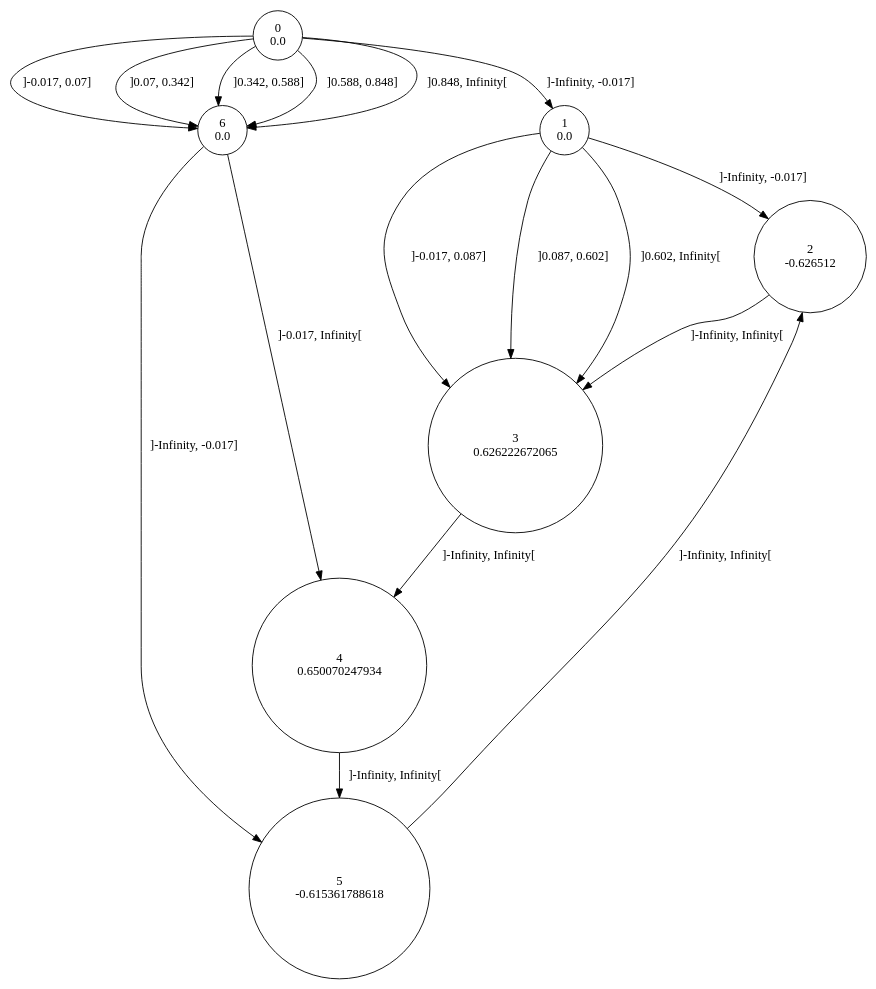
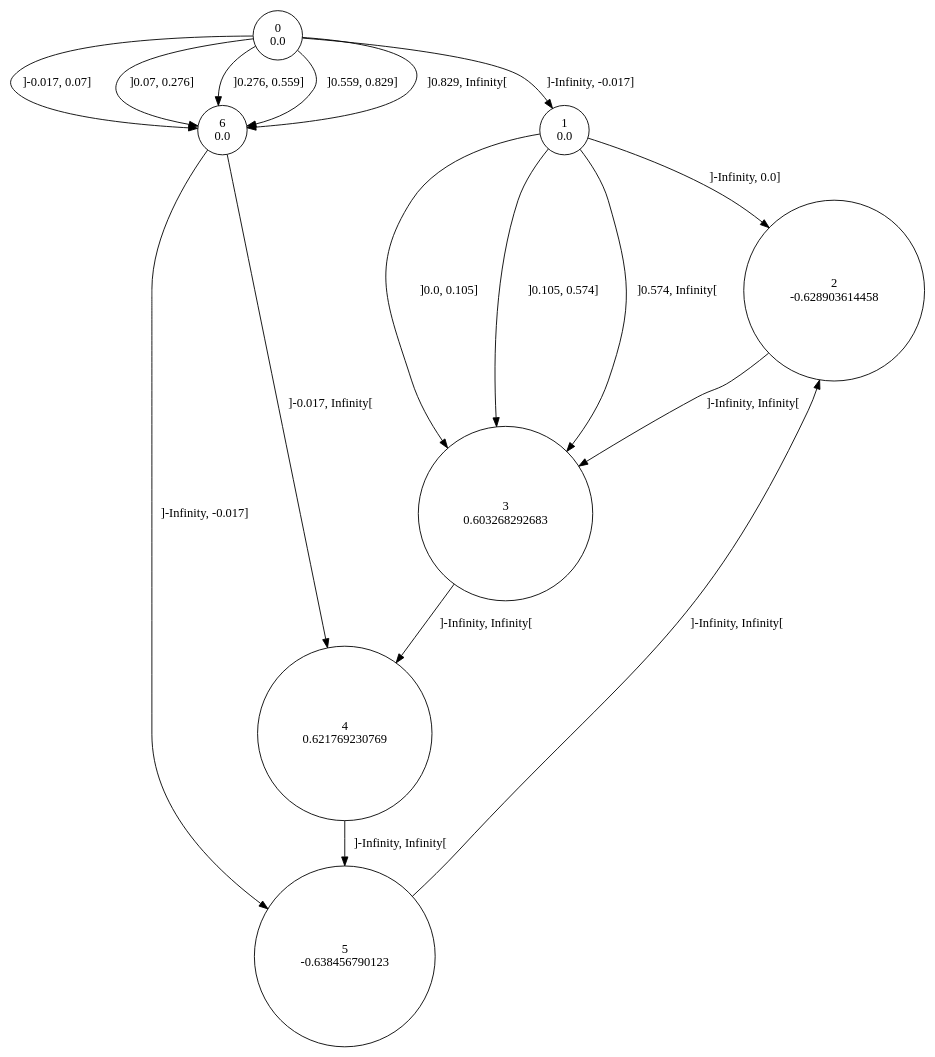
The diagram in sinus/data/8/rtitm.dot (gllpellegrino/RAI_experiments), drawn with Graphviz before and after one commit. The commit also changed 98 other files, not shown here.

```diff
--- a/sinus/data/8/rtitm.dot
+++ b/sinus/data/8/rtitm.dot
@@ -1,25 +1,25 @@
 digraph a {
 0 [shape=circle, label="0\n0.0"];
-	0->1 [ label="]-Infinity, -0.017]"];
-	0->6 [ label="]-0.017, 0.07]"];
-	0->6 [ label="]0.07, 0.342]"];
-	0->6 [ label="]0.342, 0.588]"];
-	0->6 [ label="]0.588, 0.848]"];
-	0->6 [ label="]0.848, Infinity["];
+	0 -> 1 [label="]-Infinity, -0.017]"];
+	0 -> 6 [label="]-0.017, 0.07]"];
+	0 -> 6 [label="]0.07, 0.276]"];
+	0 -> 6 [label="]0.276, 0.559]"];
+	0 -> 6 [label="]0.559, 0.829]"];
+	0 -> 6 [label="]0.829, Infinity["];
 1 [shape=circle, label="1\n0.0"];
-	1->2 [ label="]-Infinity, -0.017]"];
-	1->3 [ label="]-0.017, 0.087]"];
-	1->3 [ label="]0.087, 0.602]"];
-	1->3 [ label="]0.602, Infinity["];
-2 [shape=circle, label="2\n-0.626512"];
-	2->3 [ label="]-Infinity, Infinity["];
-3 [shape=circle, label="3\n0.626222672065"];
-	3->4 [ label="]-Infinity, Infinity["];
-4 [shape=circle, label="4\n0.650070247934"];
-	4->5 [ label="]-Infinity, Infinity["];
-5 [shape=circle, label="5\n-0.615361788618"];
-	5->2 [ label="]-Infinity, Infinity["];
+	1 -> 2 [label="]-Infinity, 0.0]"];
+	1 -> 3 [label="]0.0, 0.105]"];
+	1 -> 3 [label="]0.105, 0.574]"];
+	1 -> 3 [label="]0.574, Infinity["];
+2 [shape=circle, label="2\n-0.628903614458"];
+	2 -> 3 [label="]-Infinity, Infinity["];
+3 [shape=circle, label="3\n0.603268292683"];
+	3 -> 4 [label="]-Infinity, Infinity["];
+4 [shape=circle, label="4\n0.621769230769"];
+	4 -> 5 [label="]-Infinity, Infinity["];
+5 [shape=circle, label="5\n-0.638456790123"];
+	5 -> 2 [label="]-Infinity, Infinity["];
 6 [shape=circle, label="6\n0.0"];
-	6->5 [ label="]-Infinity, -0.017]"];
-	6->4 [ label="]-0.017, Infinity["];
+	6 -> 5 [label="]-Infinity, -0.017]"];
+	6 -> 4 [label="]-0.017, Infinity["];
 }
```
